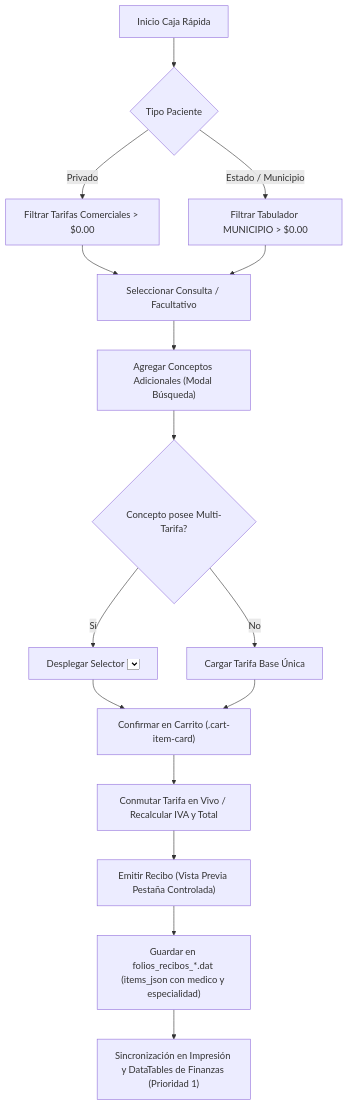
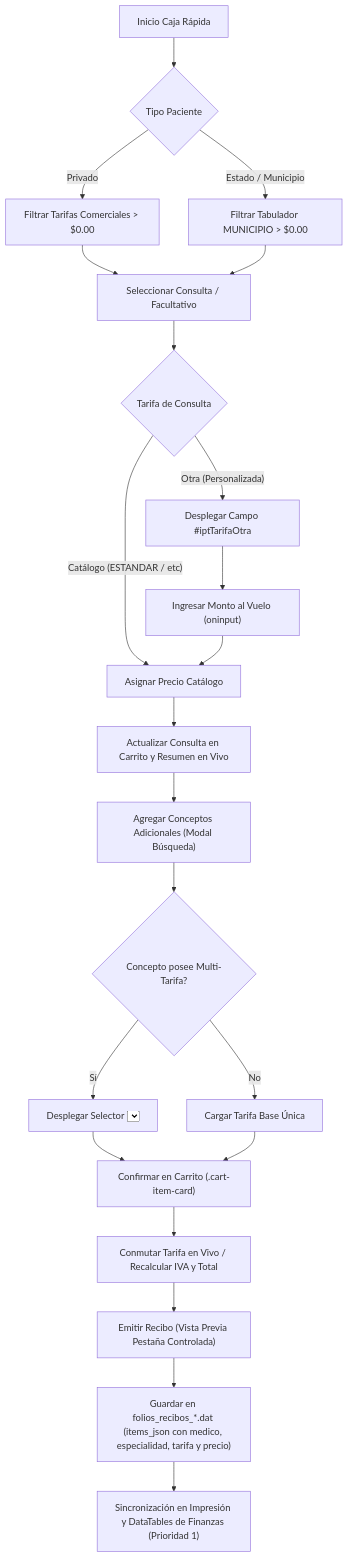
Before and after one commit to geisabpagit-bit/ospulso: the diagram in docs/03_modules_and_workflows/caja_rapida_y_multitarifa.md, drawn with Mermaid. The commit also changed other lines of this file and 3 other files, not shown here.

Commit message:
docs: actualizar documentacion de caja rapida, reglas de negocio e impresion con soporte de tarifa personalizada 'Otra'

````diff
--- a/docs/03_modules_and_workflows/caja_rapida_y_multitarifa.md
+++ b/docs/03_modules_and_workflows/caja_rapida_y_multitarifa.md
@@ -60,18 +60,24 @@
 ```mermaid
 graph TD
     A["Inicio Caja Rápida"] --> B{"Tipo Paciente"}
     B -- "Privado" --> C["Filtrar Tarifas Comerciales > $0.00"]
     B -- "Estado / Municipio" --> D["Filtrar Tabulador MUNICIPIO > $0.00"]
     C --> E["Seleccionar Consulta / Facultativo"]
     D --> E
-    E --> F["Agregar Conceptos Adicionales (Modal Búsqueda)"]
+    E --> T{"Tarifa de Consulta"}
+    T -- "Catálogo (ESTANDAR / etc)" --> TC["Asignar Precio Catálogo"]
+    T -- "Otra (Personalizada)" --> TO["Desplegar Campo #iptTarifaOtra"]
+    TO --> TI["Ingresar Monto al Vuelo (oninput)"]
+    TI --> TC
+    TC --> CR["Actualizar Consulta en Carrito y Resumen en Vivo"]
+    CR --> F["Agregar Conceptos Adicionales (Modal Búsqueda)"]
     F --> G{"Concepto posee Multi-Tarifa?"}
     G -- "Sí" --> H["Desplegar Selector <select> de Tarifa Activa"]
     G -- "No" --> I["Cargar Tarifa Base Única"]
     H --> J["Confirmar en Carrito (.cart-item-card)"]
     I --> J
     J --> K["Conmutar Tarifa en Vivo / Recalcular IVA y Total"]
     K --> L["Emitir Recibo (Vista Previa Pestaña Controlada)"]
-    L --> M["Guardar en folios_recibos_*.dat (items_json con medico y especialidad)"]
+    L --> M["Guardar en folios_recibos_*.dat (items_json con medico, especialidad, tarifa y precio)"]
     M --> N["Sincronización en Impresión y DataTables de Finanzas (Prioridad 1)"]
 ```
````
